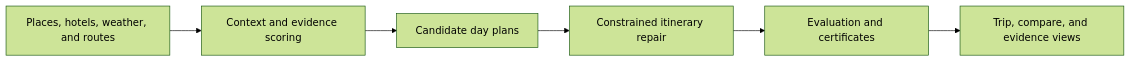
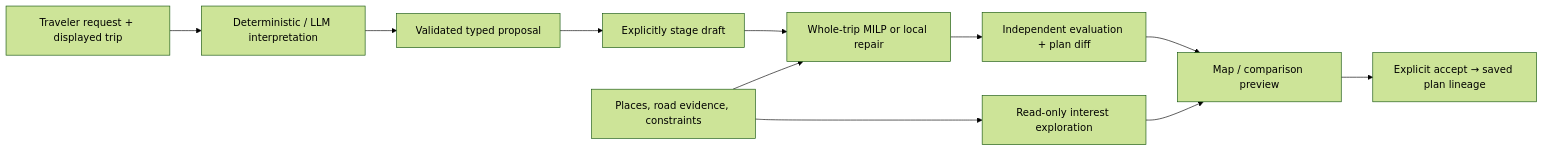
The diagram in README.md (Ztang-Yit-Xiaang/weather-aware-travel-itinerary-optimization), drawn with Mermaid (forest theme) before and after one commit. The commit also changed other lines of this file and 4 other files, not shown here.

Commit message:
Document Copilot, interest regions, optimizer and recorded repair workflow

````diff
--- a/README.md
+++ b/README.md
@@ -116,8 +125,13 @@
 ```mermaid
 flowchart LR
-    A["Places, hotels, weather, and routes"] --> B["Context and evidence scoring"]
-    B --> C["Candidate day plans"]
-    C --> D["Constrained itinerary repair"]
-    D --> E["Evaluation and certificates"]
-    E --> F["Trip, compare, and evidence views"]
+    U["Traveler request + displayed trip"] --> L["Deterministic / LLM interpretation"]
+    L --> T["Validated typed proposal"]
+    T --> D["Explicitly stage draft"]
+    E["Places, road evidence, constraints"] --> O["Whole-trip MILP or local repair"]
+    D --> O
+    O --> V["Independent evaluation + plan diff"]
+    V --> P["Map / comparison preview"]
+    P --> A["Explicit accept → saved plan lineage"]
+    E --> I["Read-only interest exploration"]
+    I --> P
 ```
````
